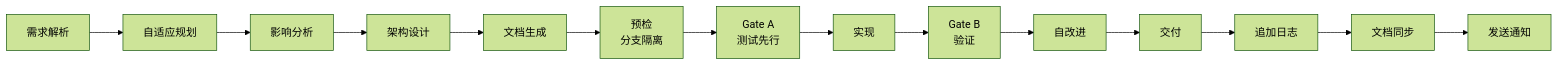
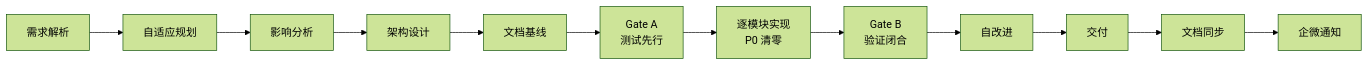
Before and after one commit to effiy/YrY: the diagram in README.md, drawn with Mermaid (forest theme). The commit also changed other lines of this file and 6 other files, not shown here.

````diff
--- a/README.md
+++ b/README.md
@@ -146,6 +82,6 @@
 ```mermaid
 flowchart LR
-    A[需求解析] --> B[自适应规划] --> C[影响分析] --> D[架构设计] --> E[文档生成]
-    E --> F[预检<br/>分支隔离] --> G[Gate A<br/>测试先行] --> H[实现] --> I[Gate B<br/>验证] --> J[自改进] --> K[交付]
-    K --> K1[追加日志] --> K2[文档同步] --> K3[发送通知]
+    A[需求解析] --> B[自适应规划] --> C[影响分析] --> D[架构设计] --> E[文档基线]
+    E --> F[Gate A<br/>测试先行] --> G[逐模块实现<br/>P0 清零] --> H[Gate B<br/>验证闭合] --> I[自改进] --> J[交付]
+    J --> K1[文档同步] --> K2[企微通知]
 ```
````
